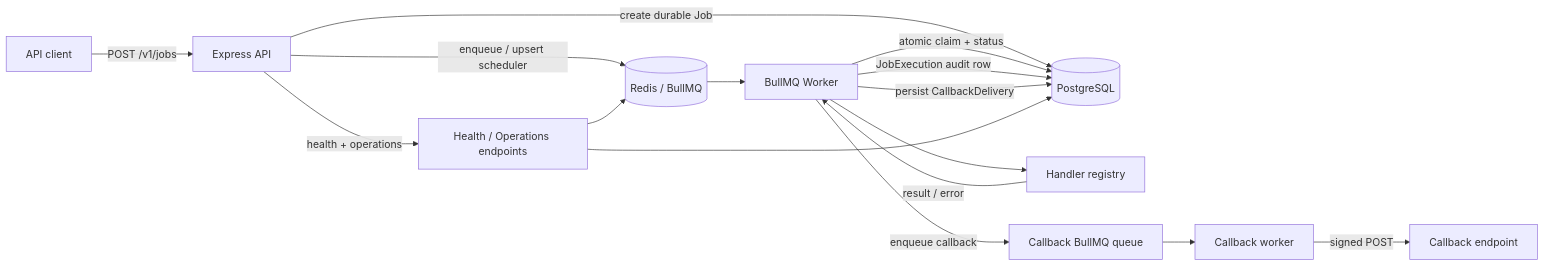
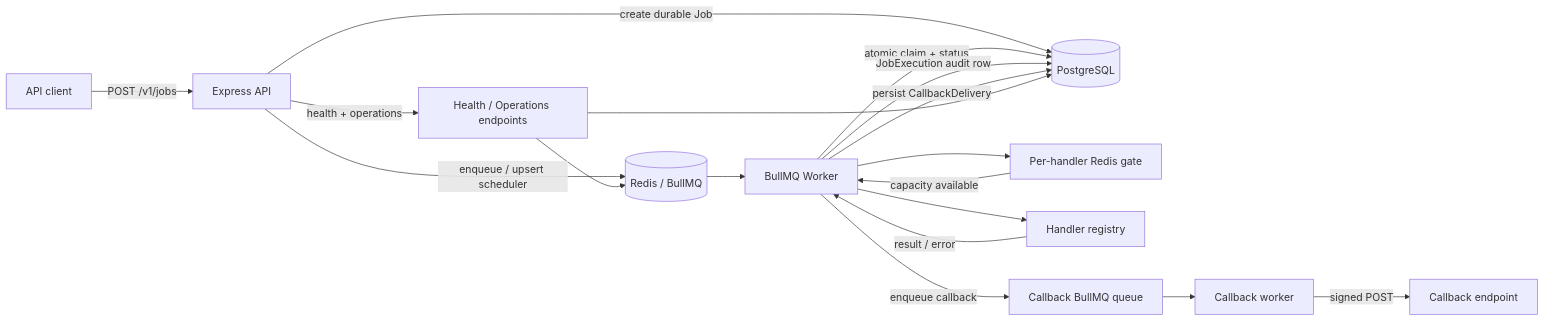
One commit to AdemolaAdedoyin/taskflow changed the diagram in README.md. Above: the diagram before and after it, drawn with Mermaid. The commit also changed other lines of this file, not shown here.

Commit message:
docs: document per-handler execution controls

````diff
--- a/README.md
+++ b/README.md
@@ -24,18 +25,20 @@
 ```mermaid
 flowchart LR
     Client[API client] -->|POST /v1/jobs| API[Express API]
     API -->|create durable Job| PG[(PostgreSQL)]
     API -->|enqueue / upsert scheduler| Redis[(Redis / BullMQ)]
     Redis --> Worker[BullMQ Worker]
+    Worker --> Gate[Per-handler Redis gate]
+    Gate -->|capacity available| Worker
     Worker -->|atomic claim + status| PG
     Worker --> Handler[Handler registry]
     Handler -->|result / error| Worker
     Worker -->|JobExecution audit row| PG
     Worker -->|persist CallbackDelivery| PG
     Worker -->|enqueue callback| CallbackQueue[Callback BullMQ queue]
     CallbackQueue --> CallbackWorker[Callback worker]
     CallbackWorker -->|signed POST| Subscriber[Callback endpoint]
     API -->|health + operations| Ops[Health / Operations endpoints]
     Ops --> PG
     Ops --> Redis
 ```
````
